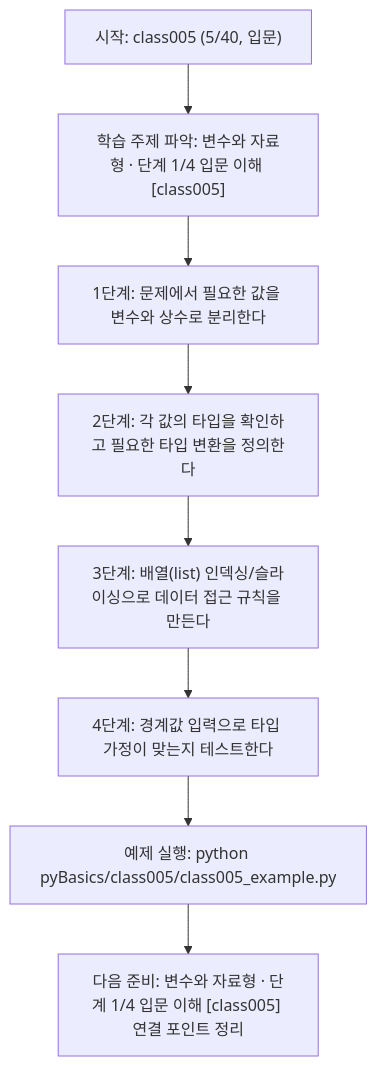
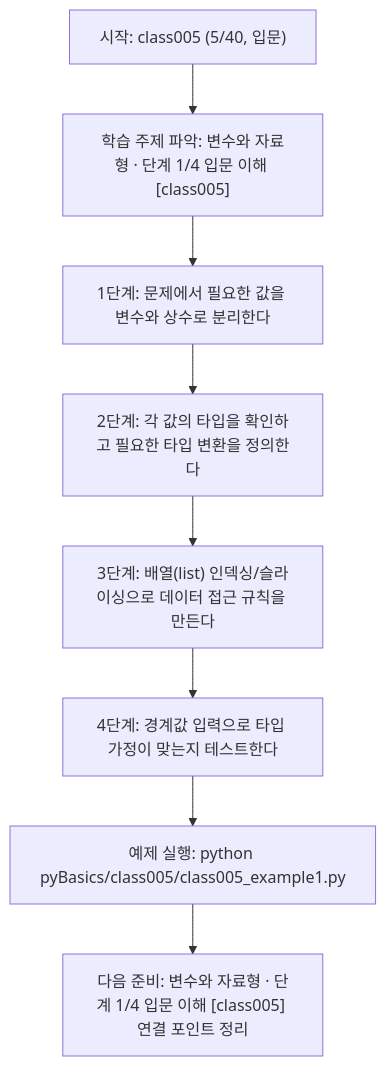
Before and after one commit to edumgt/Python-AI_Agent-Class: the diagram in pyBasics/class005/class005.md, drawn with Mermaid. The commit also changed other lines of this file and 2959 other files, not shown here.

````diff
--- a/pyBasics/class005/class005.md
+++ b/pyBasics/class005/class005.md
@@ -109,18 +109,18 @@
 ```mermaid
 flowchart TD
 N1["시작: class005 (5/40, 입문)"]
 N2["학습 주제 파악: 변수와 자료형 · 단계 1/4 입문 이해 [class005]"]
 N3["1단계: 문제에서 필요한 값을 변수와 상수로 분리한다"]
 N4["2단계: 각 값의 타입을 확인하고 필요한 타입 변환을 정의한다"]
 N5["3단계: 배열(list) 인덱싱/슬라이싱으로 데이터 접근 규칙을 만든다"]
 N6["4단계: 경계값 입력으로 타입 가정이 맞는지 테스트한다"]
-N7["예제 실행: python pyBasics/class005/class005_example.py"]
+N7["예제 실행: python pyBasics/class005/class005_example1.py"]
 N8["다음 준비: 변수와 자료형 · 단계 1/4 입문 이해 [class005] 연결 포인트 정리"]
 N1 --> N2
 N2 --> N3
 N3 --> N4
 N4 --> N5
 N5 --> N6
 N6 --> N7
 N7 --> N8
 ```
````
